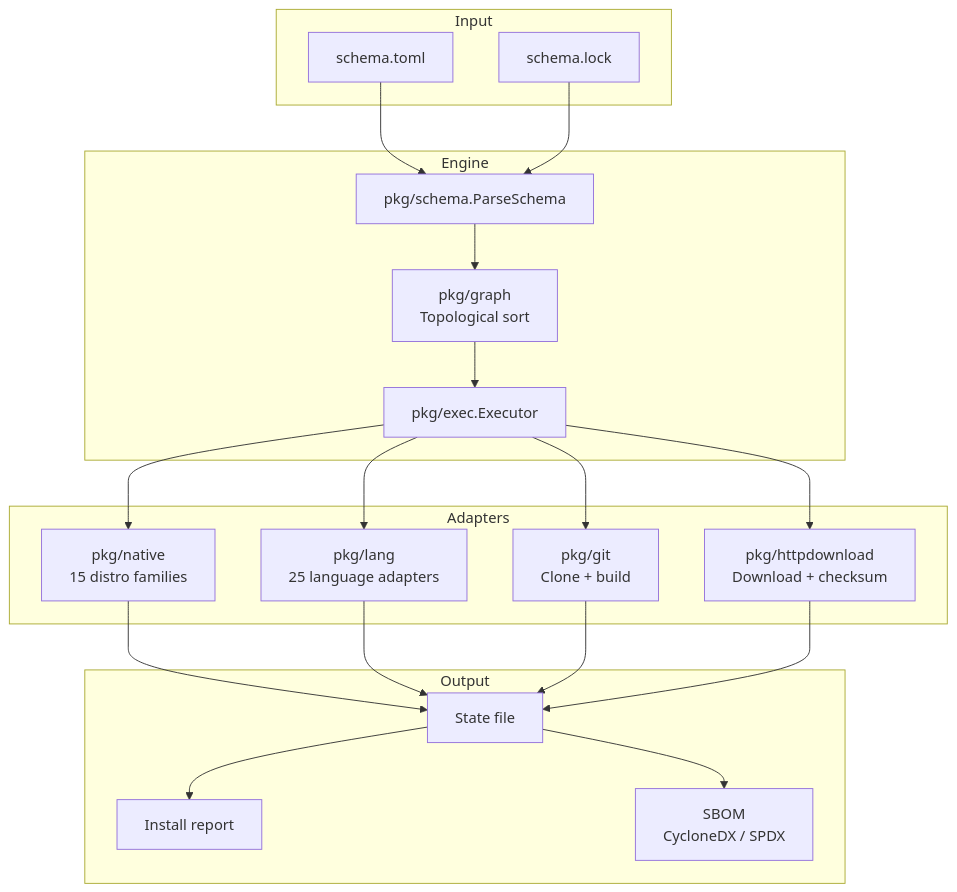
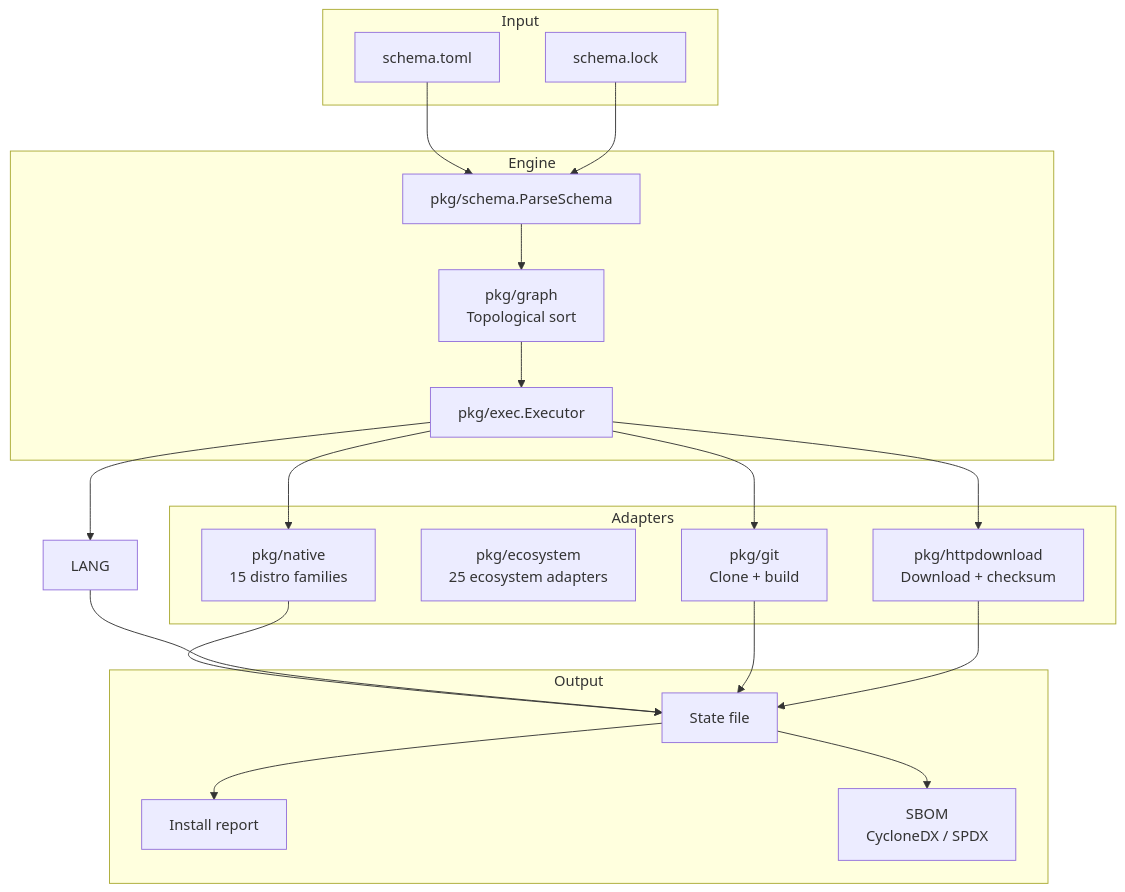
The first of 2 diagrams in README.md (Khorea1/depengine), drawn with Mermaid before and after one commit. The commit also changed other lines of this file and 21 other files, not shown here.

First line of the commit message:
refactor: rename pkg/lang to pkg/ecosystem

````diff
--- a/README.md
+++ b/README.md
@@ -621,41 +621,41 @@
 ```mermaid
 flowchart TB
     subgraph Input
         SCHEMA[schema.toml]
         LOCK[schema.lock]
     end
 
     subgraph Engine
         PARSER[pkg/schema.ParseSchema]
         GRAPH[pkg/graph\nTopological sort]
         EXEC[pkg/exec.Executor]
     end
 
     subgraph Adapters
         NATIVE[pkg/native\n15 distro families]
-        LANG[pkg/lang\n25 language adapters]
+        ECOSYSTEM[pkg/ecosystem\n25 ecosystem adapters]
         GIT[pkg/git\nClone + build]
         HTTP[pkg/httpdownload\nDownload + checksum]
     end
 
     subgraph Output
         STATE[State file]
         REPORT[Install report]
         SBOM[SBOM\nCycloneDX / SPDX]
     end
 
     SCHEMA --> PARSER
     LOCK --> PARSER
     PARSER --> GRAPH
     GRAPH --> EXEC
     EXEC --> NATIVE
     EXEC --> LANG
     EXEC --> GIT
     EXEC --> HTTP
     NATIVE --> STATE
     LANG --> STATE
     GIT --> STATE
     HTTP --> STATE
     STATE --> REPORT
     STATE --> SBOM
 ```
````
